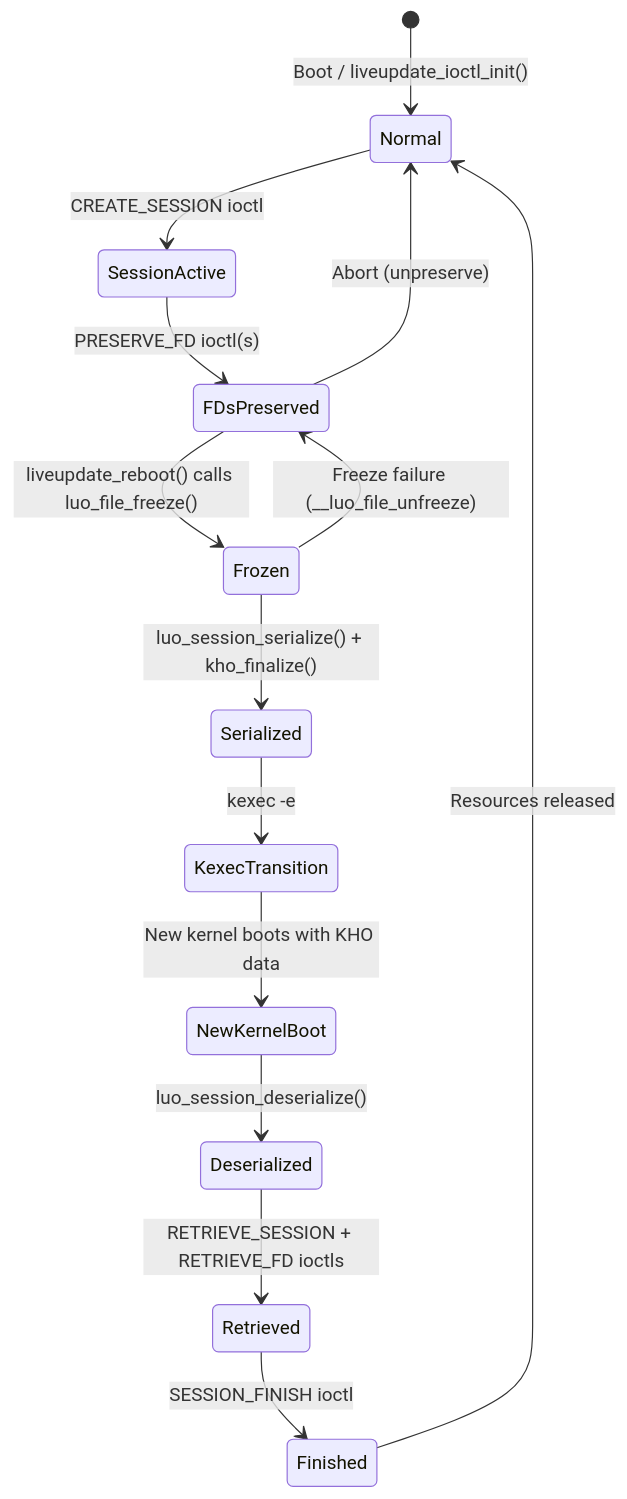
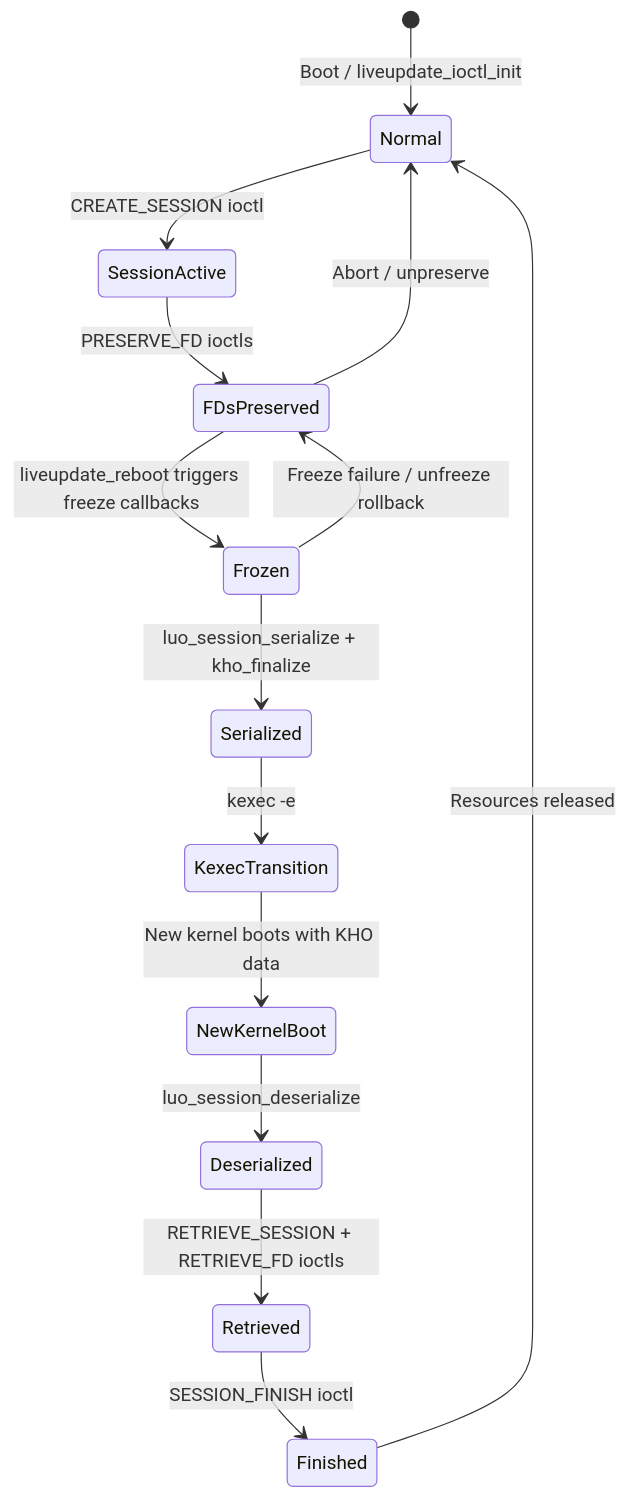
The third of 4 diagrams in Documentation/liveupdate/archaeology.md (Blitzy-Sandbox/blitzy-linux), drawn with Mermaid before and after one commit. The commit also changed other lines of this file and 1 other file, not shown here.

````diff
--- a/Documentation/liveupdate/archaeology.md
+++ b/Documentation/liveupdate/archaeology.md
@@ -417,16 +417,16 @@
 ```mermaid
 stateDiagram-v2
-    [*] --> Normal : Boot / liveupdate_ioctl_init()
+    [*] --> Normal : Boot / liveupdate_ioctl_init
     Normal --> SessionActive : CREATE_SESSION ioctl
-    SessionActive --> FDsPreserved : PRESERVE_FD ioctl(s)
-    FDsPreserved --> Frozen : liveupdate_reboot() calls luo_file_freeze()
-    Frozen --> Serialized : luo_session_serialize() + kho_finalize()
+    SessionActive --> FDsPreserved : PRESERVE_FD ioctls
+    FDsPreserved --> Frozen : liveupdate_reboot triggers freeze callbacks
+    Frozen --> Serialized : luo_session_serialize + kho_finalize
     Serialized --> KexecTransition : kexec -e
     KexecTransition --> NewKernelBoot : New kernel boots with KHO data
-    NewKernelBoot --> Deserialized : luo_session_deserialize()
+    NewKernelBoot --> Deserialized : luo_session_deserialize
     Deserialized --> Retrieved : RETRIEVE_SESSION + RETRIEVE_FD ioctls
     Retrieved --> Finished : SESSION_FINISH ioctl
     Finished --> Normal : Resources released
-    FDsPreserved --> Normal : Abort (unpreserve)
-    Frozen --> FDsPreserved : Freeze failure (__luo_file_unfreeze)
+    FDsPreserved --> Normal : Abort / unpreserve
+    Frozen --> FDsPreserved : Freeze failure / unfreeze rollback
 ```
````
